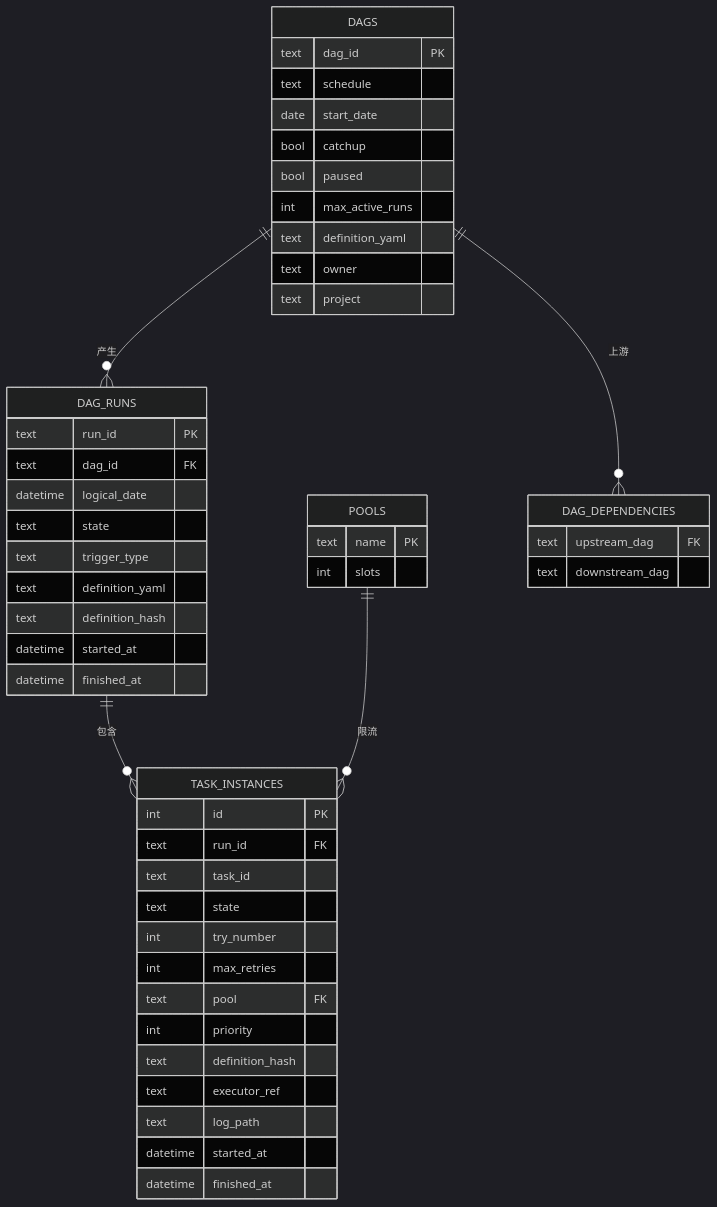
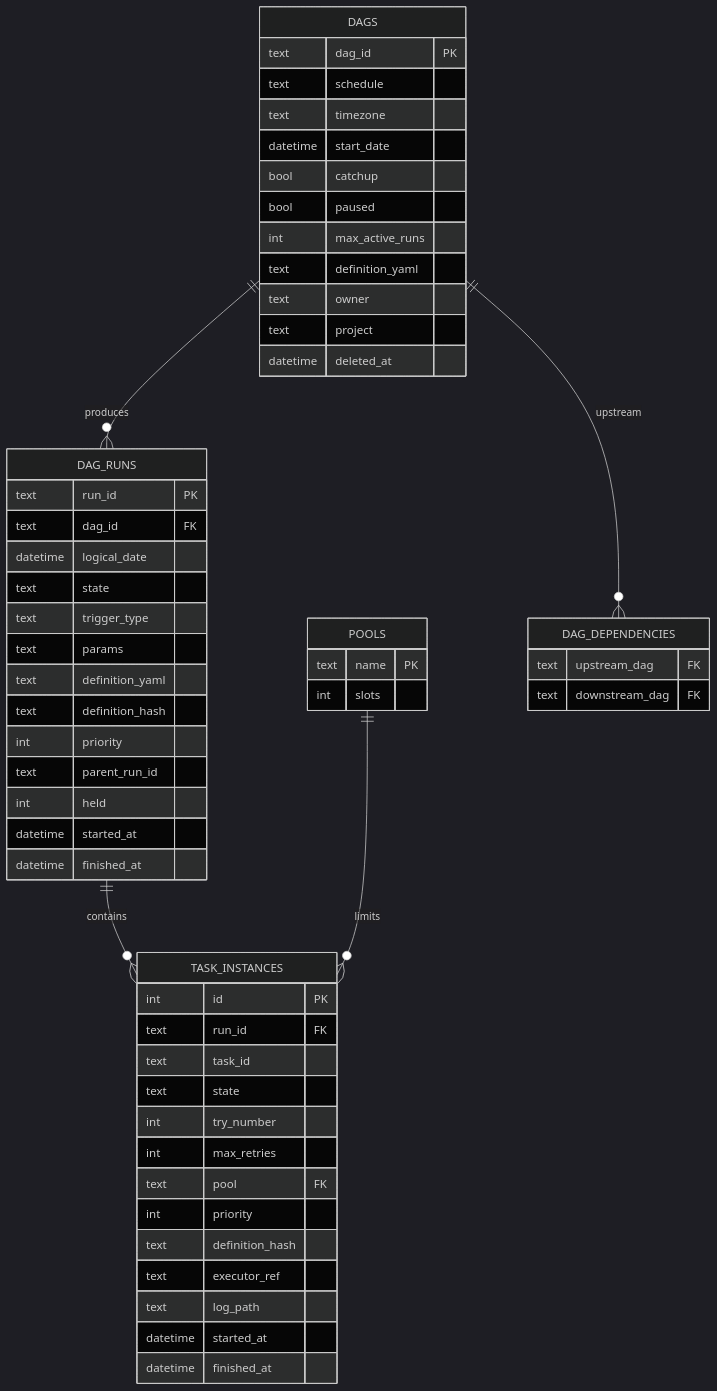
The second of 10 diagrams in docs/ARCHITECTURE.md (ako74programmer/poc-cronova-windows), drawn with Mermaid (dark theme) before and after one commit. The commit also changed other lines of this file and 10 other files, not shown here.

Commit message:
docs: rewrite ARCHITECTURE in English + Polish, sync embedded docs, add to KB and nav, remove Chinese UI refs

````diff
--- a/docs/ARCHITECTURE.md
+++ b/docs/ARCHITECTURE.md
@@ -189,53 +207,59 @@
 ```mermaid
 erDiagram
-    DAGS ||--o{ DAG_RUNS : "产生"
-    DAG_RUNS ||--o{ TASK_INSTANCES : "包含"
-    POOLS ||--o{ TASK_INSTANCES : "限流"
-    DAGS ||--o{ DAG_DEPENDENCIES : "上游"
+    DAGS ||--o{ DAG_RUNS : produces
+    DAG_RUNS ||--o{ TASK_INSTANCES : contains
+    POOLS ||--o{ TASK_INSTANCES : limits
+    DAGS ||--o{ DAG_DEPENDENCIES : upstream
 
     DAGS {
         text dag_id PK
         text schedule
-        date start_date
+        text timezone
+        datetime start_date
         bool catchup
         bool paused
         int max_active_runs
         text definition_yaml
         text owner
         text project
+        datetime deleted_at
     }
     DAG_RUNS {
         text run_id PK
         text dag_id FK
         datetime logical_date
         text state
         text trigger_type
+        text params
         text definition_yaml
         text definition_hash
+        int priority
+        text parent_run_id
+        int held
         datetime started_at
         datetime finished_at
     }
     TASK_INSTANCES {
         int id PK
         text run_id FK
         text task_id
         text state
         int try_number
         int max_retries
         text pool FK
         int priority
         text definition_hash
         text executor_ref
         text log_path
         datetime started_at
         datetime finished_at
     }
     POOLS {
         text name PK
         int slots
     }
     DAG_DEPENDENCIES {
         text upstream_dag FK
-        text downstream_dag
+        text downstream_dag FK
     }
 ```
````
